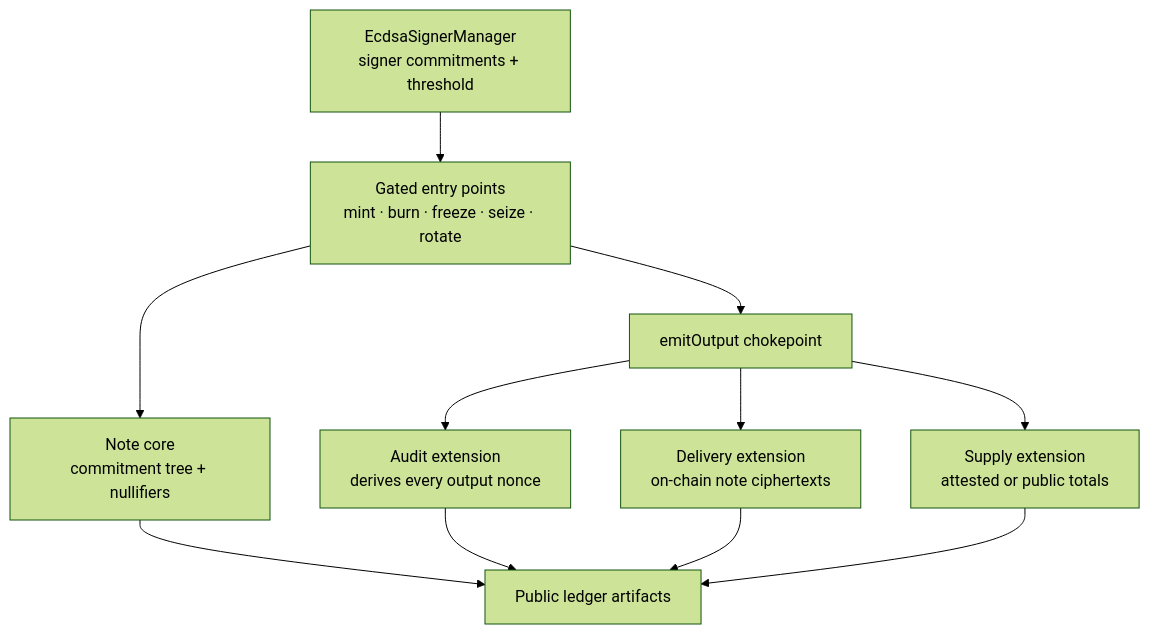
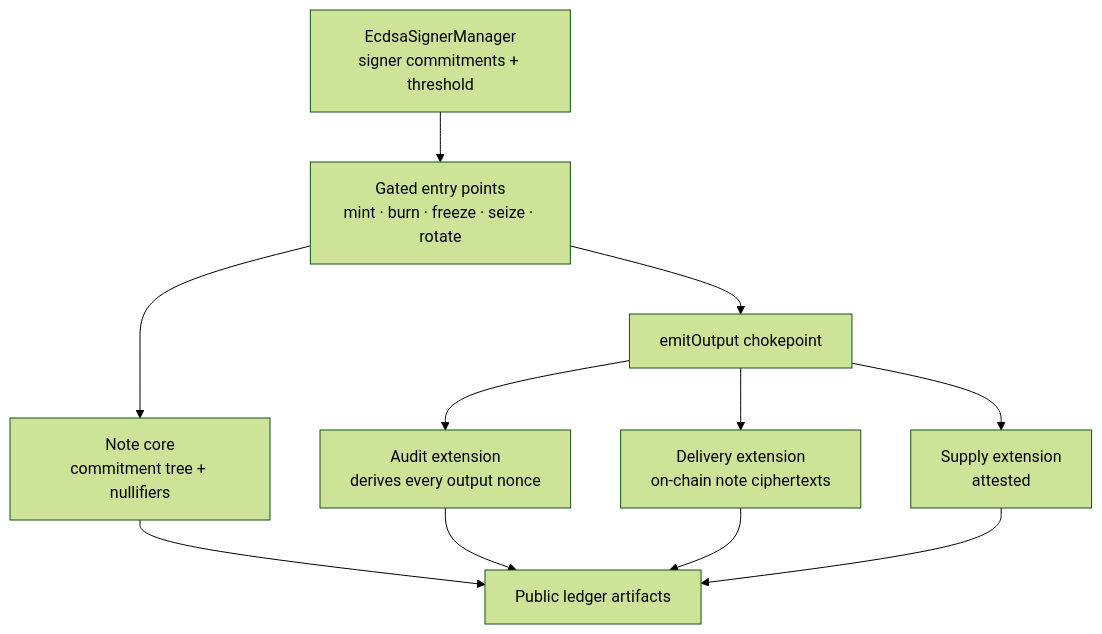
One commit to OpenZeppelin/compact-contracts changed the second of 4 diagrams in docs/specs/monument-rwa-token-spec.md. Above: the diagram before and after it, drawn with Mermaid (forest theme). The commit also changed other lines of this file, not shown here.

````diff
--- a/docs/specs/monument-rwa-token-spec.md
+++ b/docs/specs/monument-rwa-token-spec.md
@@ -94,13 +116,13 @@
 ```mermaid
 flowchart TD
   GATE[EcdsaSignerManager<br/>signer commitments + threshold] --> OPS[Gated entry points<br/>mint · burn · freeze · seize · rotate]
   OPS --> EMIT[emitOutput chokepoint]
   EMIT --> AUDIT[Audit extension<br/>derives every output nonce]
   EMIT --> DELIV[Delivery extension<br/>on-chain note ciphertexts]
-  EMIT --> SUPPLY[Supply extension<br/>attested or public totals]
+  EMIT --> SUPPLY[Supply extension<br/>attested]
   OPS --> CORE[Note core<br/>commitment tree + nullifiers]
   CORE --> LEDGER[Public ledger artifacts]
   AUDIT --> LEDGER
   DELIV --> LEDGER
   SUPPLY --> LEDGER
 ```
````
